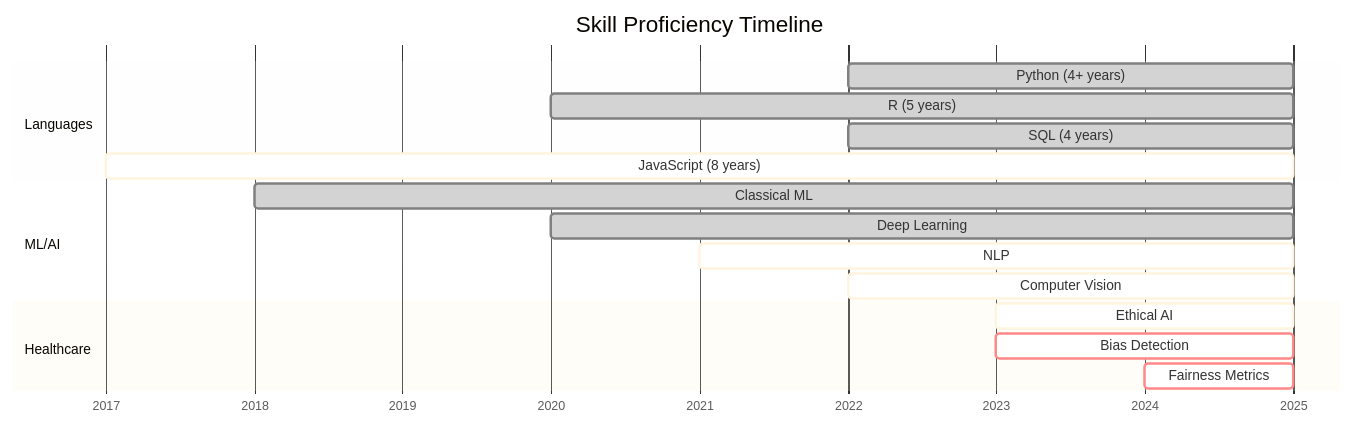
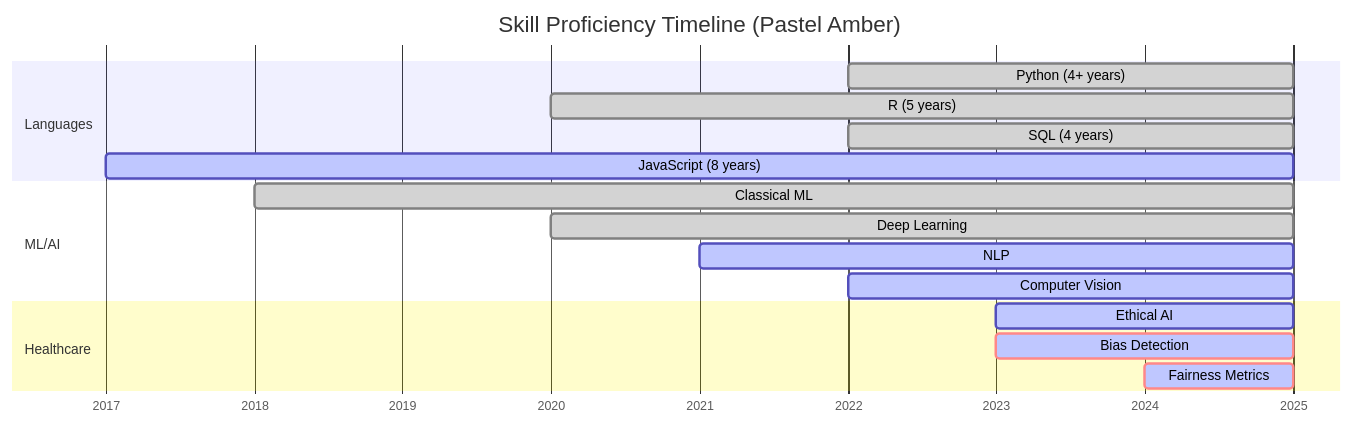
The fourth of 8 diagrams in README.md (Cazzy-Aporbo/Cazzy-Aporbo), drawn with Mermaid before and after one commit. The commit also changed other lines of this file, not shown here.

````diff
--- a/README.md
+++ b/README.md
@@ -349,24 +357,39 @@
 ```mermaid
-%%{init: {'theme': 'base'}}%%
+%%{init: {'theme':'base','themeVariables': {
+  'fontSize':'14px',
+  'textColor':'#374151',
+  'lineColor':'#F59E0B',          /* amber line accents */
+  'background':'#FFFBEB',         /* soft amber-50 */
+  'primaryColor':'#FEF3C7',       /* amber-100 */
+  'secondaryColor':'#E0F2FE',     /* sky-100 */
+  'tertiaryColor':'#FCE7F3',      /* pink-100 */
+  'ganttSectionBkgColor':'#FFFBEB',
+  'ganttSectionBkgColor2':'#FEFCE8',
+  'ganttTaskBkgColor':'#FDE68A',  /* amber-300 */
+  'ganttTaskBorderColor':'#F59E0B',
+  'ganttTaskTextColor':'#1F2937',
+  'ganttAxisTextColor':'#6B7280'
+}}}%%
 gantt
-    title Skill Proficiency Timeline
+    title Skill Proficiency Timeline (Pastel Amber)
     dateFormat YYYY
     axisFormat %Y
-    
+
     section Languages
-    Python (4+ years)           :done, 2022, 2025
-    R (5 years)                 :done, 2020, 2025
-    SQL (4 years)               :done, 2022, 2025
-    JavaScript (8 years)        :active, 2017, 2025
-    
+    Python (4+ years)      :done, 2022, 2025
+    R (5 years)            :done, 2020, 2025
+    SQL (4 years)          :done, 2022, 2025
+    JavaScript (8 years)   :active, 2017, 2025
+
     section ML/AI
-    Classical ML                :done, 2018, 2025
-    Deep Learning              :done, 2020, 2025
-    NLP                        :active, 2021, 2025
-    Computer Vision            :active, 2022, 2025
-    
+    Classical ML           :done, 2018, 2025
+    Deep Learning          :done, 2020, 2025
+    NLP                    :active, 2021, 2025
+    Computer Vision        :active, 2022, 2025
+
     section Healthcare
-    Ethical AI                :active, 2023, 2025
-    Bias Detection            :crit, active, 2023, 2025
-    Fairness Metrics          :crit, active, 2024, 2025
+    Ethical AI             :active, 2023, 2025
+    Bias Detection         :crit, active, 2023, 2025
+    Fairness Metrics       :crit, active, 2024, 2025
+
 ```
````
